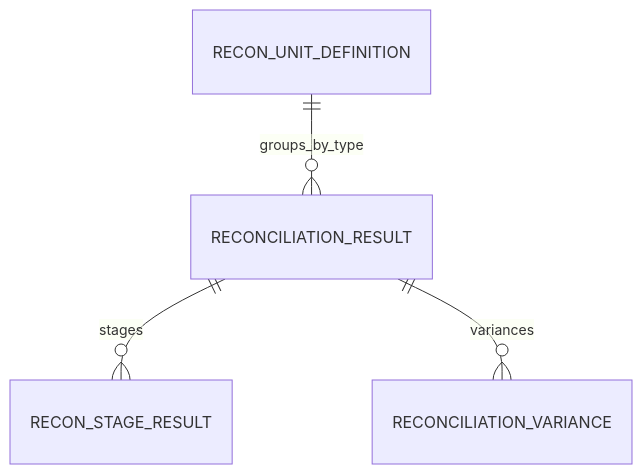
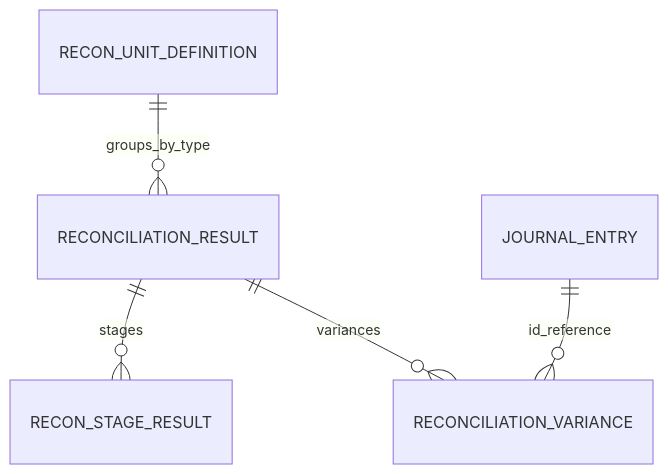
Before and after one commit to skyg547/account: the second of 2 diagrams in reconciliation/docs/schema.md, drawn with Mermaid. The commit also changed other lines of this file and 81 other files, not shown here.

````diff
--- a/reconciliation/docs/schema.md
+++ b/reconciliation/docs/schema.md
@@ -108,6 +113,7 @@
 ```mermaid
 erDiagram
     RECON_UNIT_DEFINITION ||--o{ RECONCILIATION_RESULT : groups_by_type
     RECONCILIATION_RESULT ||--o{ RECON_STAGE_RESULT : stages
     RECONCILIATION_RESULT ||--o{ RECONCILIATION_VARIANCE : variances
+    JOURNAL_ENTRY ||--o{ RECONCILIATION_VARIANCE : id_reference
 ```
````
